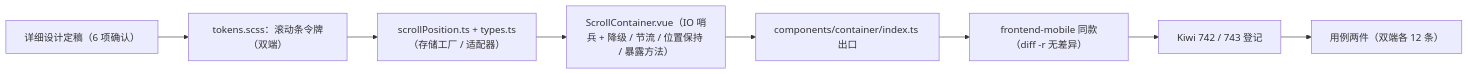
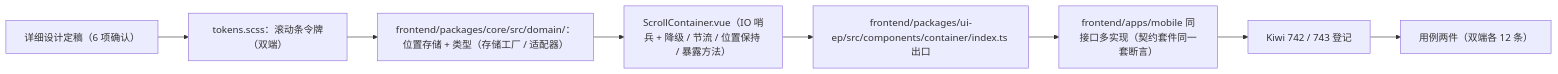
One commit to minjian123/basic-management-system changed the diagram in bms文档/项目/04_前端组件库/任务/04_容器组件类/04_容器组件类_01_滚动容器/实施/01_实施_01_滚动容器.md. Above: the diagram before and after it, drawn with Mermaid. The commit also changed other lines of this file and 134 other files, not shown here.

````diff
--- a/bms文档/项目/04_前端组件库/任务/04_容器组件类/04_容器组件类_01_滚动容器/实施/01_实施_01_滚动容器.md
+++ b/bms文档/项目/04_前端组件库/任务/04_容器组件类/04_容器组件类_01_滚动容器/实施/01_实施_01_滚动容器.md
@@ -22,10 +22,10 @@
 ```mermaid
 flowchart LR
     D["详细设计定稿（6 项确认）"] --> T["tokens.scss：滚动条令牌（双端）"]
-    T --> S["scrollPosition.ts + types.ts（存储工厂 / 适配器）"]
+    T --> S["frontend/packages/core/src/domain/：位置存储 + 类型（存储工厂 / 适配器）"]
     S --> C["ScrollContainer.vue（IO 哨兵 + 降级 / 节流 / 位置保持 / 暴露方法）"]
-    C --> X["components/container/index.ts 出口"]
-    X --> M["frontend-mobile 同款（diff -r 无差异）"]
+    C --> X["frontend/packages/ui-ep/src/components/container/index.ts 出口"]
+    X --> M["frontend/apps/mobile 同接口多实现（契约套件同一套断言）"]
     M --> K["Kiwi 742 / 743 登记"]
     K --> U["用例两件（双端各 12 条）"]
 ```
````
